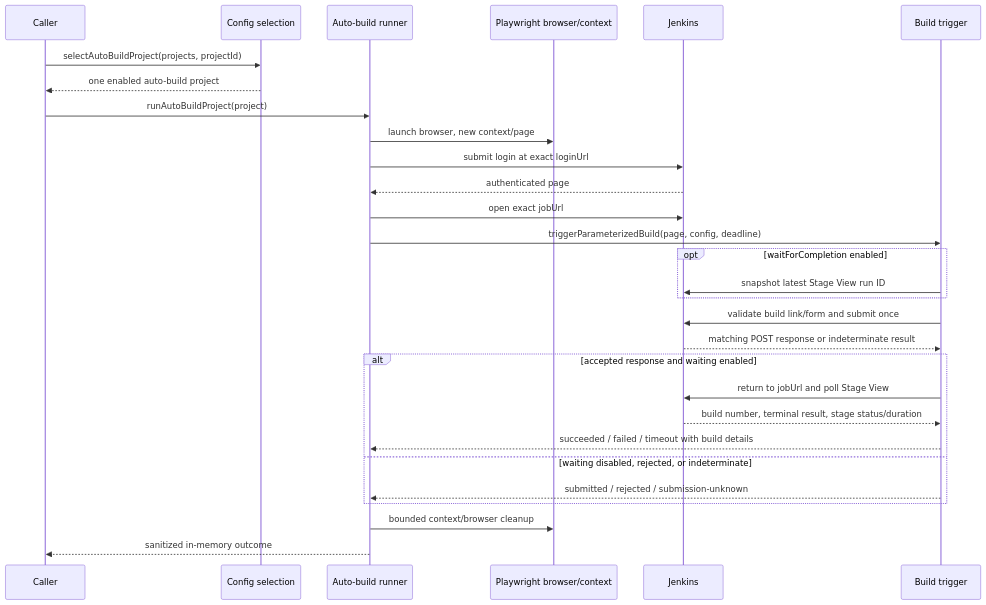
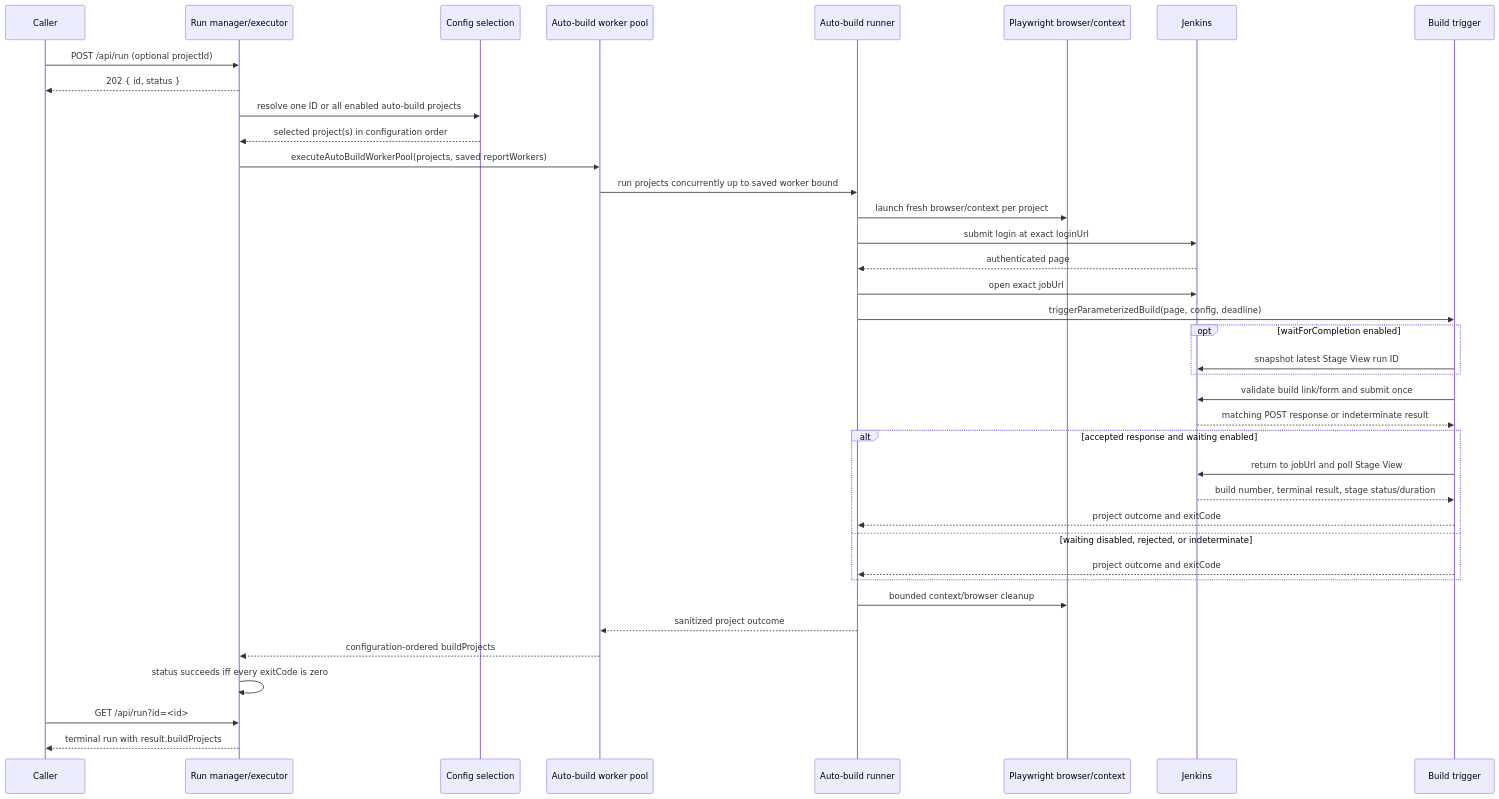
One commit to loidinhm31/auto-jobs changed the third of 6 diagrams in docs/system-architecture.md. Above: the diagram before and after it, drawn with Mermaid. The commit also changed other lines of this file and 16 other files, not shown here.

Commit message:
feat(auto-build): add parallel auto-build executor and API with bounded worker pool

````diff
--- a/docs/system-architecture.md
+++ b/docs/system-architecture.md
@@ -170,32 +174,41 @@
 ```mermaid
 sequenceDiagram
   participant Caller
+  participant Control as Run manager/executor
   participant Select as Config selection
+  participant Pool as Auto-build worker pool
   participant Runner as Auto-build runner
   participant Browser as Playwright browser/context
   participant Jenkins
   participant Trigger as Build trigger
 
-  Caller->>Select: selectAutoBuildProject(projects, projectId)
-  Select-->>Caller: one enabled auto-build project
-  Caller->>Runner: runAutoBuildProject(project)
-  Runner->>Browser: launch browser, new context/page
+  Caller->>Control: POST /api/run (optional projectId)
+  Control-->>Caller: 202 { id, status }
+  Control->>Select: resolve one ID or all enabled auto-build projects
+  Select-->>Control: selected project(s) in configuration order
+  Control->>Pool: executeAutoBuildWorkerPool(projects, saved reportWorkers)
+  Pool->>Runner: run projects concurrently up to saved worker bound
+  Runner->>Browser: launch fresh browser/context per project
   Runner->>Jenkins: submit login at exact loginUrl
   Jenkins-->>Runner: authenticated page
   Runner->>Jenkins: open exact jobUrl
   Runner->>Trigger: triggerParameterizedBuild(page, config, deadline)
   opt waitForCompletion enabled
     Trigger->>Jenkins: snapshot latest Stage View run ID
   end
   Trigger->>Jenkins: validate build link/form and submit once
   Jenkins-->>Trigger: matching POST response or indeterminate result
   alt accepted response and waiting enabled
     Trigger->>Jenkins: return to jobUrl and poll Stage View
     Jenkins-->>Trigger: build number, terminal result, stage status/duration
-    Trigger-->>Runner: succeeded / failed / timeout with build details
+    Trigger-->>Runner: project outcome and exitCode
   else waiting disabled, rejected, or indeterminate
-    Trigger-->>Runner: submitted / rejected / submission-unknown
+    Trigger-->>Runner: project outcome and exitCode
   end
   Runner->>Browser: bounded context/browser cleanup
-  Runner-->>Caller: sanitized in-memory outcome
-```
+  Runner-->>Pool: sanitized project outcome
+  Pool-->>Control: configuration-ordered buildProjects
+  Control->>Control: status succeeds iff every exitCode is zero
+  Caller->>Control: GET /api/run?id=<id>
+  Control-->>Caller: terminal run with result.buildProjects
+  ```
````
